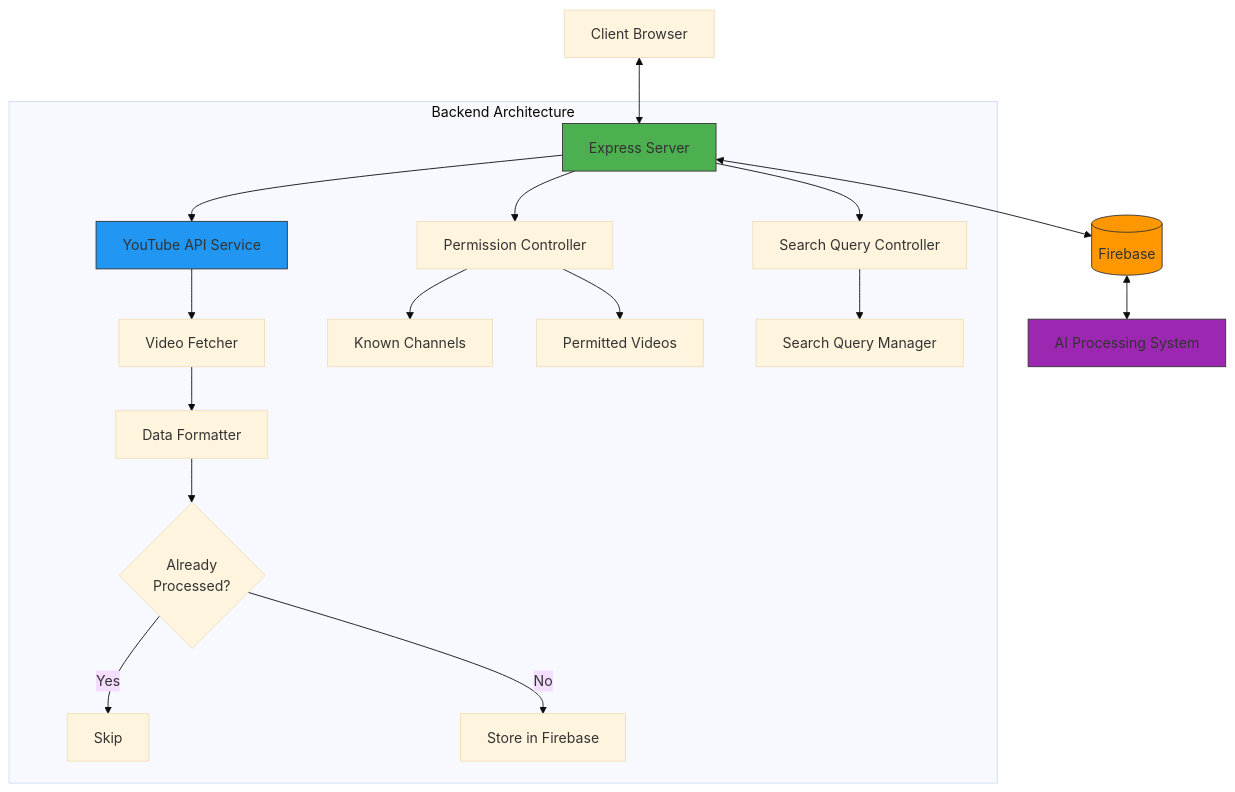
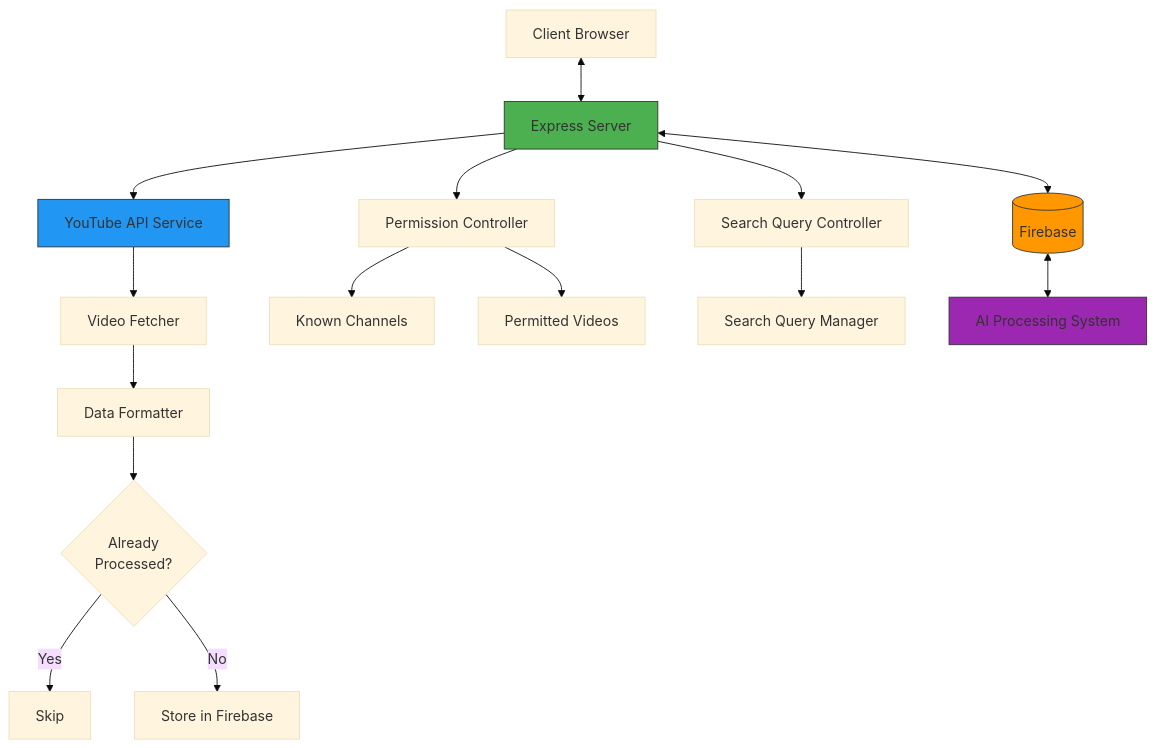
One commit to sktigpta/Gdg-Solution-Challenge changed the fourth of 7 diagrams in README.md. Above: the diagram before and after it, drawn with Mermaid (base theme). The commit also changed other lines of this file, not shown here.

````diff
--- a/README.md
+++ b/README.md
@@ -266,28 +266,28 @@
 ```mermaid
 flowchart TD
     A[Client Browser] <--> B[Express Server]
     B <--> C[(Firebase)]
     
-    subgraph "Backend Architecture"
-        B --> D[YouTube API Service]
-        D --> E[Video Fetcher]
-        B --> F[Permission Controller]
-        B --> G[Search Query Controller]
-        E --> H[Data Formatter]
-        
-        H --> I{Already\nProcessed?}
-        I -->|Yes| J[Skip]
-        I -->|No| K[Store in Firebase]
-        
-        F --> L[Known Channels]
-        F --> M[Permitted Videos]
-        G --> N[Search Query Manager]
-    end
+    B --> D[YouTube API Service]
+    D --> E[Video Fetcher]
+    B --> F[Permission Controller]
+    B --> G[Search Query Controller]
+    E --> H[Data Formatter]
     
+    H --> I{Already\nProcessed?}
+    I -->|Yes| J[Skip]
+    I -->|No| K[Store in Firebase]
+    
+    F --> L[Known Channels]
+    F --> M[Permitted Videos]
+    G --> N[Search Query Manager]
+
     C <--> O[AI Processing System]
-    
+
+    %% Style Definitions
     style B fill:#4CAF50,stroke:#333,stroke-width:1px
     style C fill:#FF9800,stroke:#333,stroke-width:1px
     style D fill:#2196F3,stroke:#333,stroke-width:1px
     style O fill:#9C27B0,stroke:#333,stroke-width:1px
+
 ```
````
